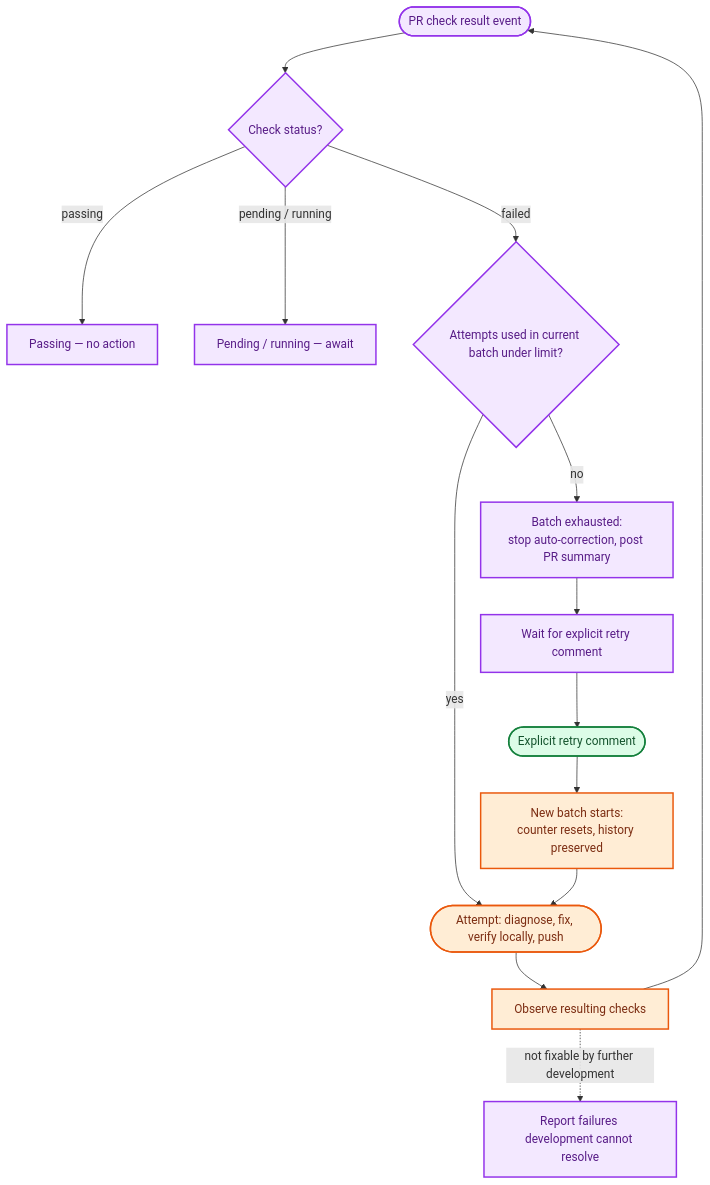
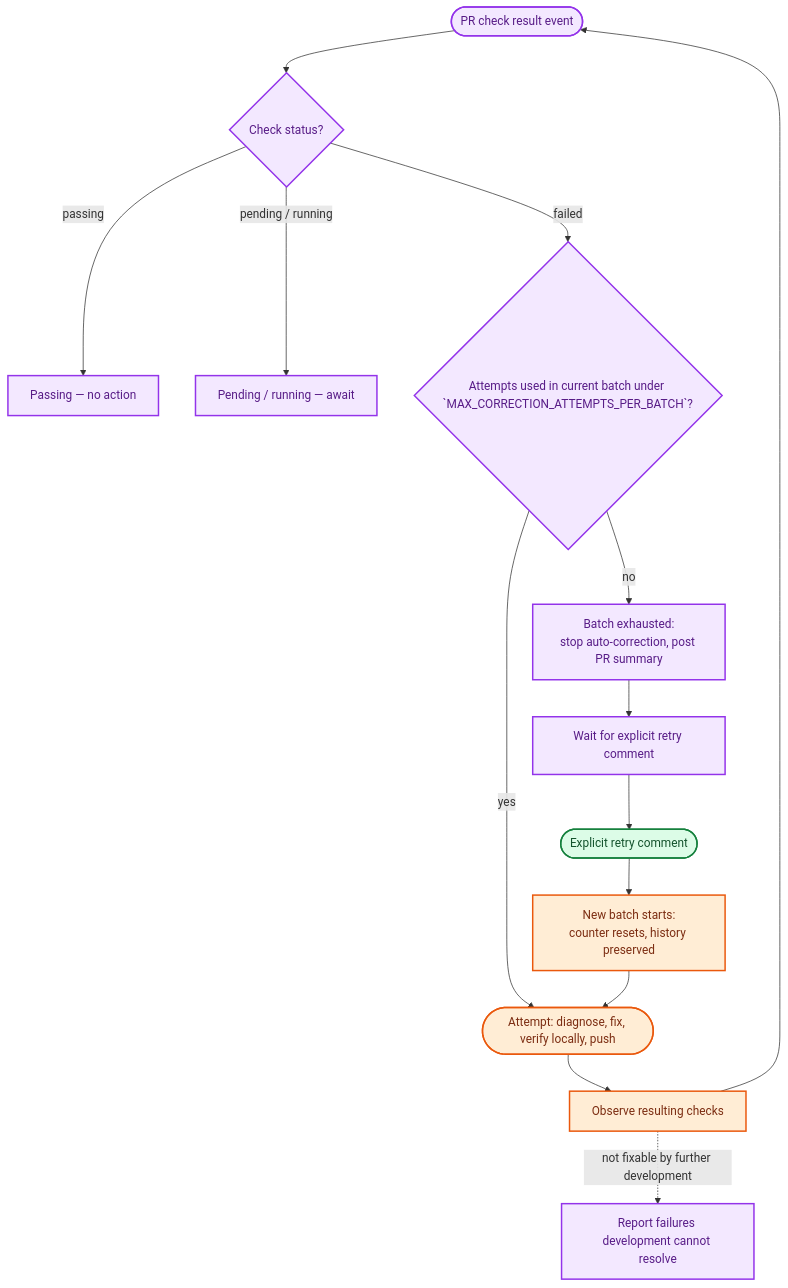
The second of 3 diagrams in docs/adr/0006-pr-process.md (hlsekowski/qnagym), drawn with Mermaid before and after one commit. The commit also changed other lines of this file and 1 other file, not shown here.

First line of the commit message:
feat(constants): add MAX_CORRECTION_ATTEMPTS_PER_BATCH constant

````diff
--- a/docs/adr/0006-pr-process.md
+++ b/docs/adr/0006-pr-process.md
@@ -72,37 +72,37 @@
 ```mermaid
 flowchart TD
     EVENT(["PR check result event"])
     STATUS{"Check status?"}
     PASS["Passing — no action"]
     PENDING["Pending / running — await"]
-    BUDGET{"Attempts used in current batch under limit?"}
+    BUDGET{"Attempts used in current batch under `MAX_CORRECTION_ATTEMPTS_PER_BATCH`?"}
     ATTEMPT(["Attempt: diagnose, fix, verify locally, push"])
     OBSERVE["Observe resulting checks"]
     EXHAUSTED["Batch exhausted:<br/>stop auto-correction, post PR summary"]
     WAIT["Wait for explicit retry comment"]
     RETRY(["Explicit retry comment"])
     NEWBATCH["New batch starts:<br/>counter resets, history preserved"]
     UNRESOLVABLE["Report failures development cannot resolve"]
 
     EVENT --> STATUS
     STATUS -->|"passing"| PASS
     STATUS -->|"pending / running"| PENDING
     STATUS -->|"failed"| BUDGET
     BUDGET -->|"yes"| ATTEMPT
     ATTEMPT --> OBSERVE
     OBSERVE --> EVENT
     BUDGET -->|"no"| EXHAUSTED
     EXHAUSTED --> WAIT
     WAIT --> RETRY
     RETRY --> NEWBATCH
     NEWBATCH --> ATTEMPT
     OBSERVE -.->|"not fixable by further development"| UNRESOLVABLE
 
     classDef pr fill:#f3e8ff,stroke:#9333ea,color:#581c87,stroke-width:2px
     classDef dev fill:#ffedd5,stroke:#ea580c,color:#7c2d12,stroke-width:2px
     classDef human fill:#dcfce7,stroke:#15803d,color:#14532d,stroke-width:2px
 
     class EVENT,STATUS,PASS,PENDING,BUDGET,EXHAUSTED,WAIT,UNRESOLVABLE pr
     class ATTEMPT,OBSERVE,NEWBATCH dev
     class RETRY human
 ```
````
